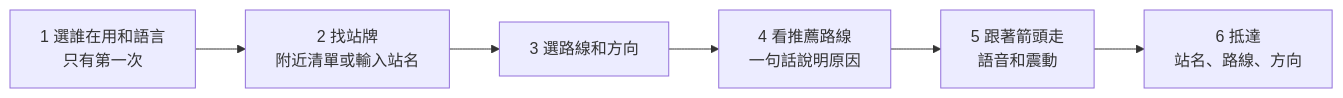
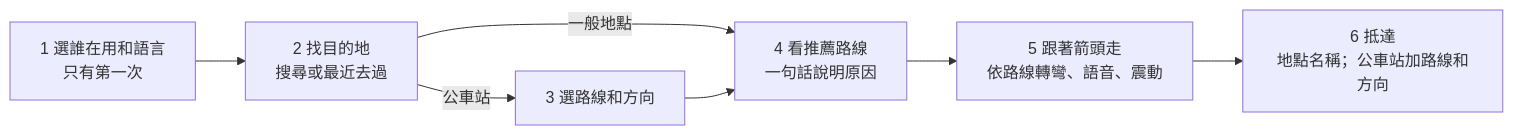
Before and after one commit to EricChan0519/2026CodeFest: the diagram in docs/arrow-nav/01-product-spec.md, drawn with Mermaid. The commit also changed other lines of this file and 6 other files, not shown here.

````diff
--- a/docs/arrow-nav/01-product-spec.md
+++ b/docs/arrow-nav/01-product-spec.md
@@ -48,8 +50,9 @@
 ```mermaid
 flowchart LR
-  A["1 選誰在用和語言<br/>只有第一次"] --> B["2 找站牌<br/>附近清單或輸入站名"]
-  B --> C["3 選路線和方向"]
+  A["1 選誰在用和語言<br/>只有第一次"] --> B["2 找目的地<br/>搜尋或最近去過"]
+  B -->|公車站| C["3 選路線和方向"]
+  B -->|一般地點| D
   C --> D["4 看推薦路線<br/>一句話說明原因"]
-  D --> E["5 跟著箭頭走<br/>語音和震動"]
-  E --> F["6 抵達<br/>站名、路線、方向"]
+  D --> E["5 跟著箭頭走<br/>依路線轉彎、語音、震動"]
+  E --> F["6 抵達<br/>地點名稱；公車站加路線和方向"]
 ```
````
